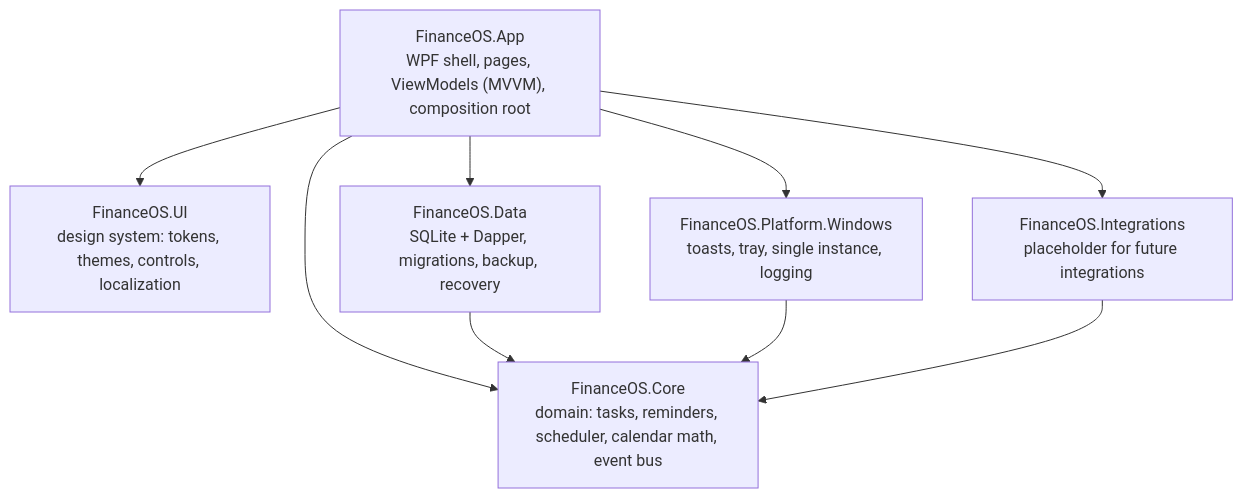
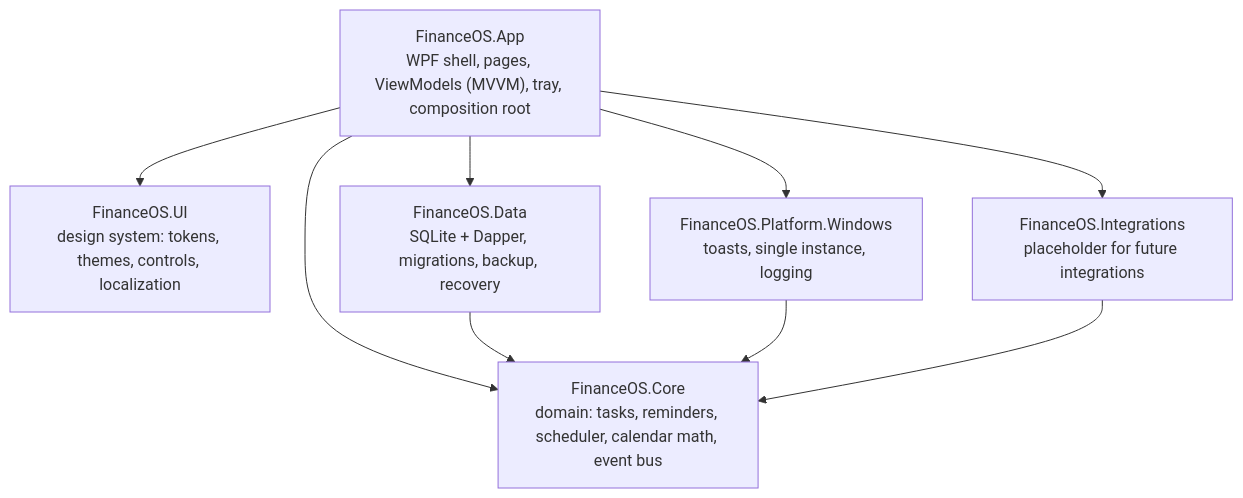
The diagram in README.md (iulian880/finance-os), drawn with Mermaid before and after one commit. The commit also changed other lines of this file and 7 other files, not shown here.

````diff
--- a/README.md
+++ b/README.md
@@ -48,18 +69,18 @@
 ```mermaid
 flowchart TD
-    App["FinanceOS.App<br/>WPF shell, pages, ViewModels (MVVM), composition root"]
+    App["FinanceOS.App<br/>WPF shell, pages, ViewModels (MVVM), tray, composition root"]
     UI["FinanceOS.UI<br/>design system: tokens, themes, controls, localization"]
     Core["FinanceOS.Core<br/>domain: tasks, reminders, scheduler, calendar math, event bus"]
     Data["FinanceOS.Data<br/>SQLite + Dapper, migrations, backup, recovery"]
-    Platform["FinanceOS.Platform.Windows<br/>toasts, tray, single instance, logging"]
+    Platform["FinanceOS.Platform.Windows<br/>toasts, single instance, logging"]
     Integrations["FinanceOS.Integrations<br/>placeholder for future integrations"]
 
     App --> UI
     App --> Core
     App --> Data
     App --> Platform
     App --> Integrations
     Data --> Core
     Platform --> Core
     Integrations --> Core
 ```
````
